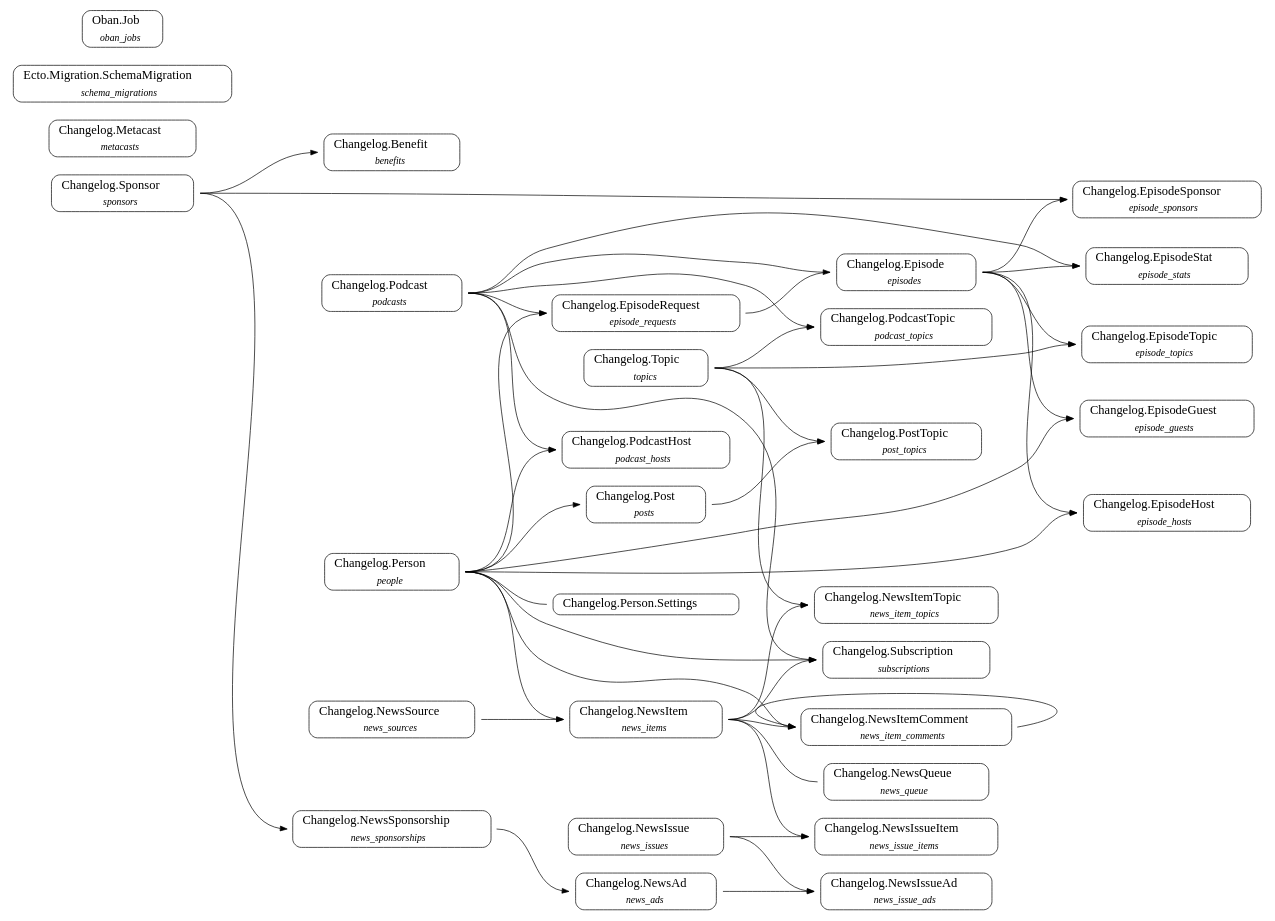
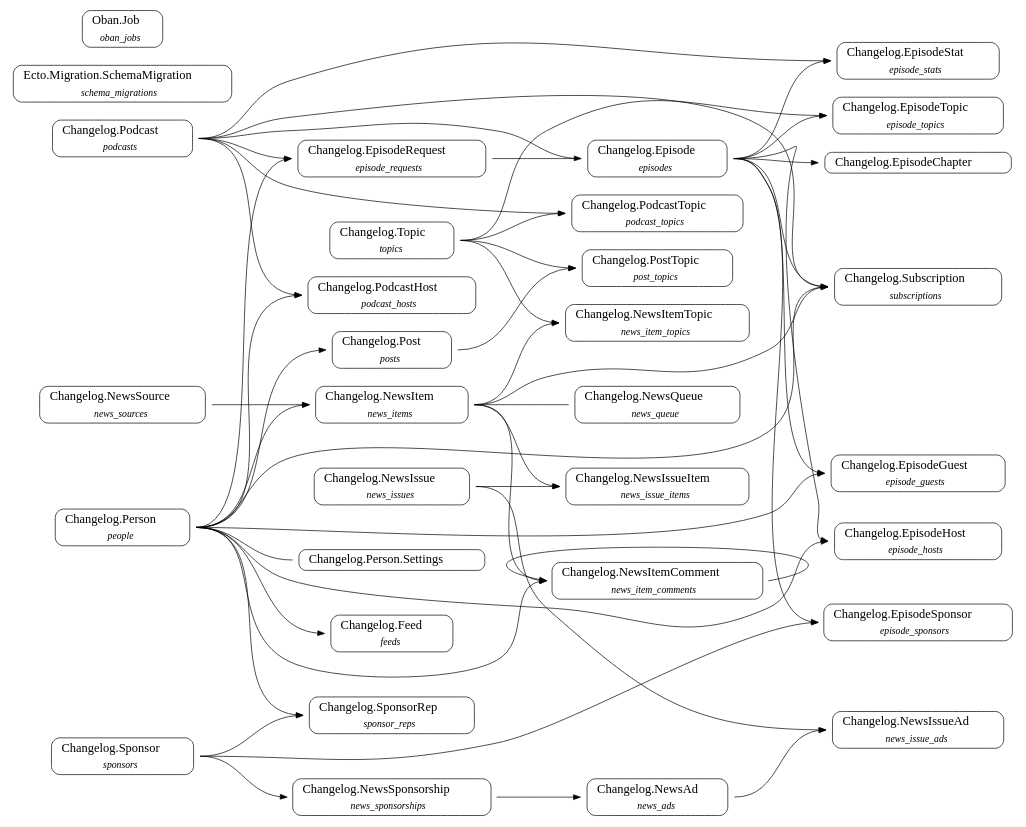
One commit to fuelen/ecto_erd changed the diagram in examples/dot/changelog.com/No-fields.dot. Above: the diagram before and after it, drawn with Graphviz. The commit also changed 61 other files, not shown here.

```diff
--- a/examples/dot/changelog.com/No-fields.dot
+++ b/examples/dot/changelog.com/No-fields.dot
@@ -1,79 +1,85 @@
 strict digraph {
   ranksep=1.0; rankdir=LR;
   node [shape = none, fontname="Roboto Mono"];
-  "Changelog.Benefit" [label= <<table align='left' border='1' style='rounded' cellspacing='0' cellpadding='4' cellborder='0'><tr><td port='header@schema_module'><font point-size='18'>   Changelog.Benefit   </font></td></tr><tr><td><font point-size='14'><i>benefits</i></font></td></tr></table>>]
   "Changelog.Episode" [label= <<table align='left' border='1' style='rounded' cellspacing='0' cellpadding='4' cellborder='0'><tr><td port='header@schema_module'><font point-size='18'>   Changelog.Episode   </font></td></tr><tr><td><font point-size='14'><i>episodes</i></font></td></tr></table>>]
+  "Changelog.EpisodeChapter" [label= <<table align='left' border='1' style='rounded' cellspacing='0' cellpadding='4' cellborder='0'><tr><td port='header@schema_module'><font point-size='18'>   Changelog.EpisodeChapter   </font></td></tr></table>>]
   "Changelog.EpisodeGuest" [label= <<table align='left' border='1' style='rounded' cellspacing='0' cellpadding='4' cellborder='0'><tr><td port='header@schema_module'><font point-size='18'>   Changelog.EpisodeGuest   </font></td></tr><tr><td><font point-size='14'><i>episode_guests</i></font></td></tr></table>>]
   "Changelog.EpisodeHost" [label= <<table align='left' border='1' style='rounded' cellspacing='0' cellpadding='4' cellborder='0'><tr><td port='header@schema_module'><font point-size='18'>   Changelog.EpisodeHost   </font></td></tr><tr><td><font point-size='14'><i>episode_hosts</i></font></td></tr></table>>]
   "Changelog.EpisodeRequest" [label= <<table align='left' border='1' style='rounded' cellspacing='0' cellpadding='4' cellborder='0'><tr><td port='header@schema_module'><font point-size='18'>   Changelog.EpisodeRequest   </font></td></tr><tr><td><font point-size='14'><i>episode_requests</i></font></td></tr></table>>]
   "Changelog.EpisodeSponsor" [label= <<table align='left' border='1' style='rounded' cellspacing='0' cellpadding='4' cellborder='0'><tr><td port='header@schema_module'><font point-size='18'>   Changelog.EpisodeSponsor   </font></td></tr><tr><td><font point-size='14'><i>episode_sponsors</i></font></td></tr></table>>]
   "Changelog.EpisodeStat" [label= <<table align='left' border='1' style='rounded' cellspacing='0' cellpadding='4' cellborder='0'><tr><td port='header@schema_module'><font point-size='18'>   Changelog.EpisodeStat   </font></td></tr><tr><td><font point-size='14'><i>episode_stats</i></font></td></tr></table>>]
   "Changelog.EpisodeTopic" [label= <<table align='left' border='1' style='rounded' cellspacing='0' cellpadding='4' cellborder='0'><tr><td port='header@schema_module'><font point-size='18'>   Changelog.EpisodeTopic   </font></td></tr><tr><td><font point-size='14'><i>episode_topics</i></font></td></tr></table>>]
-  "Changelog.Metacast" [label= <<table align='left' border='1' style='rounded' cellspacing='0' cellpadding='4' cellborder='0'><tr><td port='header@schema_module'><font point-size='18'>   Changelog.Metacast   </font></td></tr><tr><td><font point-size='14'><i>metacasts</i></font></td></tr></table>>]
+  "Changelog.Feed" [label= <<table align='left' border='1' style='rounded' cellspacing='0' cellpadding='4' cellborder='0'><tr><td port='header@schema_module'><font point-size='18'>   Changelog.Feed   </font></td></tr><tr><td><font point-size='14'><i>feeds</i></font></td></tr></table>>]
   "Changelog.NewsAd" [label= <<table align='left' border='1' style='rounded' cellspacing='0' cellpadding='4' cellborder='0'><tr><td port='header@schema_module'><font point-size='18'>   Changelog.NewsAd   </font></td></tr><tr><td><font point-size='14'><i>news_ads</i></font></td></tr></table>>]
   "Changelog.NewsIssue" [label= <<table align='left' border='1' style='rounded' cellspacing='0' cellpadding='4' cellborder='0'><tr><td port='header@schema_module'><font point-size='18'>   Changelog.NewsIssue   </font></td></tr><tr><td><font point-size='14'><i>news_issues</i></font></td></tr></table>>]
   "Changelog.NewsIssueAd" [label= <<table align='left' border='1' style='rounded' cellspacing='0' cellpadding='4' cellborder='0'><tr><td port='header@schema_module'><font point-size='18'>   Changelog.NewsIssueAd   </font></td></tr><tr><td><font point-size='14'><i>news_issue_ads</i></font></td></tr></table>>]
   "Changelog.NewsIssueItem" [label= <<table align='left' border='1' style='rounded' cellspacing='0' cellpadding='4' cellborder='0'><tr><td port='header@schema_module'><font point-size='18'>   Changelog.NewsIssueItem   </font></td></tr><tr><td><font point-size='14'><i>news_issue_items</i></font></td></tr></table>>]
   "Changelog.NewsItem" [label= <<table align='left' border='1' style='rounded' cellspacing='0' cellpadding='4' cellborder='0'><tr><td port='header@schema_module'><font point-size='18'>   Changelog.NewsItem   </font></td></tr><tr><td><font point-size='14'><i>news_items</i></font></td></tr></table>>]
   "Changelog.NewsItemComment" [label= <<table align='left' border='1' style='rounded' cellspacing='0' cellpadding='4' cellborder='0'><tr><td port='header@schema_module'><font point-size='18'>   Changelog.NewsItemComment   </font></td></tr><tr><td><font point-size='14'><i>news_item_comments</i></font></td></tr></table>>]
   "Changelog.NewsItemTopic" [label= <<table align='left' border='1' style='rounded' cellspacing='0' cellpadding='4' cellborder='0'><tr><td port='header@schema_module'><font point-size='18'>   Changelog.NewsItemTopic   </font></td></tr><tr><td><font point-size='14'><i>news_item_topics</i></font></td></tr></table>>]
   "Changelog.NewsQueue" [label= <<table align='left' border='1' style='rounded' cellspacing='0' cellpadding='4' cellborder='0'><tr><td port='header@schema_module'><font point-size='18'>   Changelog.NewsQueue   </font></td></tr><tr><td><font point-size='14'><i>news_queue</i></font></td></tr></table>>]
   "Changelog.NewsSource" [label= <<table align='left' border='1' style='rounded' cellspacing='0' cellpadding='4' cellborder='0'><tr><td port='header@schema_module'><font point-size='18'>   Changelog.NewsSource   </font></td></tr><tr><td><font point-size='14'><i>news_sources</i></font></td></tr></table>>]
   "Changelog.NewsSponsorship" [label= <<table align='left' border='1' style='rounded' cellspacing='0' cellpadding='4' cellborder='0'><tr><td port='header@schema_module'><font point-size='18'>   Changelog.NewsSponsorship   </font></td></tr><tr><td><font point-size='14'><i>news_sponsorships</i></font></td></tr></table>>]
   "Changelog.Person" [label= <<table align='left' border='1' style='rounded' cellspacing='0' cellpadding='4' cellborder='0'><tr><td port='header@schema_module'><font point-size='18'>   Changelog.Person   </font></td></tr><tr><td><font point-size='14'><i>people</i></font></td></tr></table>>]
   "Changelog.Person.Settings" [label= <<table align='left' border='1' style='rounded' cellspacing='0' cellpadding='4' cellborder='0'><tr><td port='header@schema_module'><font point-size='18'>   Changelog.Person.Settings   </font></td></tr></table>>]
   "Changelog.Podcast" [label= <<table align='left' border='1' style='rounded' cellspacing='0' cellpadding='4' cellborder='0'><tr><td port='header@schema_module'><font point-size='18'>   Changelog.Podcast   </font></td></tr><tr><td><font point-size='14'><i>podcasts</i></font></td></tr></table>>]
   "Changelog.PodcastHost" [label= <<table align='left' border='1' style='rounded' cellspacing='0' cellpadding='4' cellborder='0'><tr><td port='header@schema_module'><font point-size='18'>   Changelog.PodcastHost   </font></td></tr><tr><td><font point-size='14'><i>podcast_hosts</i></font></td></tr></table>>]
   "Changelog.PodcastTopic" [label= <<table align='left' border='1' style='rounded' cellspacing='0' cellpadding='4' cellborder='0'><tr><td port='header@schema_module'><font point-size='18'>   Changelog.PodcastTopic   </font></td></tr><tr><td><font point-size='14'><i>podcast_topics</i></font></td></tr></table>>]
   "Changelog.Post" [label= <<table align='left' border='1' style='rounded' cellspacing='0' cellpadding='4' cellborder='0'><tr><td port='header@schema_module'><font point-size='18'>   Changelog.Post   </font></td></tr><tr><td><font point-size='14'><i>posts</i></font></td></tr></table>>]
   "Changelog.PostTopic" [label= <<table align='left' border='1' style='rounded' cellspacing='0' cellpadding='4' cellborder='0'><tr><td port='header@schema_module'><font point-size='18'>   Changelog.PostTopic   </font></td></tr><tr><td><font point-size='14'><i>post_topics</i></font></td></tr></table>>]
   "Changelog.Sponsor" [label= <<table align='left' border='1' style='rounded' cellspacing='0' cellpadding='4' cellborder='0'><tr><td port='header@schema_module'><font point-size='18'>   Changelog.Sponsor   </font></td></tr><tr><td><font point-size='14'><i>sponsors</i></font></td></tr></table>>]
+  "Changelog.SponsorRep" [label= <<table align='left' border='1' style='rounded' cellspacing='0' cellpadding='4' cellborder='0'><tr><td port='header@schema_module'><font point-size='18'>   Changelog.SponsorRep   </font></td></tr><tr><td><font point-size='14'><i>sponsor_reps</i></font></td></tr></table>>]
   "Changelog.Subscription" [label= <<table align='left' border='1' style='rounded' cellspacing='0' cellpadding='4' cellborder='0'><tr><td port='header@schema_module'><font point-size='18'>   Changelog.Subscription   </font></td></tr><tr><td><font point-size='14'><i>subscriptions</i></font></td></tr></table>>]
   "Changelog.Topic" [label= <<table align='left' border='1' style='rounded' cellspacing='0' cellpadding='4' cellborder='0'><tr><td port='header@schema_module'><font point-size='18'>   Changelog.Topic   </font></td></tr><tr><td><font point-size='14'><i>topics</i></font></td></tr></table>>]
   "Ecto.Migration.SchemaMigration" [label= <<table align='left' border='1' style='rounded' cellspacing='0' cellpadding='4' cellborder='0'><tr><td port='header@schema_module'><font point-size='18'>   Ecto.Migration.SchemaMigration   </font></td></tr><tr><td><font point-size='14'><i>schema_migrations</i></font></td></tr></table>>]
   "Oban.Job" [label= <<table align='left' border='1' style='rounded' cellspacing='0' cellpadding='4' cellborder='0'><tr><td port='header@schema_module'><font point-size='18'>   Oban.Job   </font></td></tr><tr><td><font point-size='14'><i>oban_jobs</i></font></td></tr></table>>]
 
   "Changelog.EpisodeRequest":e -> "Changelog.Episode":w [dir=none]
+  "Changelog.Episode":e -> "Changelog.EpisodeChapter":w
   "Changelog.Episode":e -> "Changelog.EpisodeGuest":w
   "Changelog.Episode":e -> "Changelog.EpisodeHost":w
   "Changelog.Episode":e -> "Changelog.EpisodeSponsor":w
   "Changelog.Episode":e -> "Changelog.EpisodeStat":w
   "Changelog.Episode":e -> "Changelog.EpisodeTopic":w
+  "Changelog.Episode":e -> "Changelog.Subscription":w
+  "Changelog.Episode":e -> "Changelog.EpisodeChapter":w
   "Changelog.NewsAd":e -> "Changelog.NewsIssueAd":w
   "Changelog.NewsIssue":e -> "Changelog.NewsIssueAd":w
   "Changelog.NewsIssue":e -> "Changelog.NewsIssueItem":w
   "Changelog.NewsItemComment":e -> "Changelog.NewsItemComment":w
   "Changelog.NewsItem":e -> "Changelog.NewsIssueItem":w
   "Changelog.NewsItem":e -> "Changelog.NewsItemComment":w
   "Changelog.NewsItem":e -> "Changelog.NewsItemTopic":w
   "Changelog.NewsItem":e -> "Changelog.NewsQueue":w [dir=none]
   "Changelog.NewsItem":e -> "Changelog.Subscription":w
   "Changelog.NewsSource":e -> "Changelog.NewsItem":w
   "Changelog.NewsSponsorship":e -> "Changelog.NewsAd":w
   "Changelog.Person":e -> "Changelog.EpisodeGuest":w
   "Changelog.Person":e -> "Changelog.EpisodeHost":w
   "Changelog.Person":e -> "Changelog.EpisodeRequest":w
+  "Changelog.Person":e -> "Changelog.Feed":w
   "Changelog.Person":e -> "Changelog.NewsItemComment":w
   "Changelog.Person":e -> "Changelog.NewsItem":w
   "Changelog.Person":e -> "Changelog.NewsItem":w
   "Changelog.Person":e -> "Changelog.NewsItem":w
   "Changelog.Person":e -> "Changelog.PodcastHost":w
   "Changelog.Person":e -> "Changelog.Post":w
   "Changelog.Person":e -> "Changelog.Post":w
+  "Changelog.Person":e -> "Changelog.SponsorRep":w
   "Changelog.Person":e -> "Changelog.Subscription":w
   "Changelog.Person":e -> "Changelog.Person.Settings":w [dir=none]
   "Changelog.Podcast":e -> "Changelog.EpisodeRequest":w
   "Changelog.Podcast":e -> "Changelog.EpisodeStat":w
   "Changelog.Podcast":e -> "Changelog.Episode":w
   "Changelog.Podcast":e -> "Changelog.PodcastHost":w
   "Changelog.Podcast":e -> "Changelog.PodcastTopic":w
   "Changelog.Podcast":e -> "Changelog.Subscription":w
   "Changelog.Post":e -> "Changelog.PostTopic":w
-  "Changelog.Sponsor":e -> "Changelog.Benefit":w
   "Changelog.Sponsor":e -> "Changelog.EpisodeSponsor":w
   "Changelog.Sponsor":e -> "Changelog.NewsSponsorship":w
+  "Changelog.Sponsor":e -> "Changelog.SponsorRep":w
   "Changelog.Topic":e -> "Changelog.EpisodeTopic":w
   "Changelog.Topic":e -> "Changelog.NewsItemTopic":w
   "Changelog.Topic":e -> "Changelog.PodcastTopic":w
   "Changelog.Topic":e -> "Changelog.PostTopic":w
 }
```
